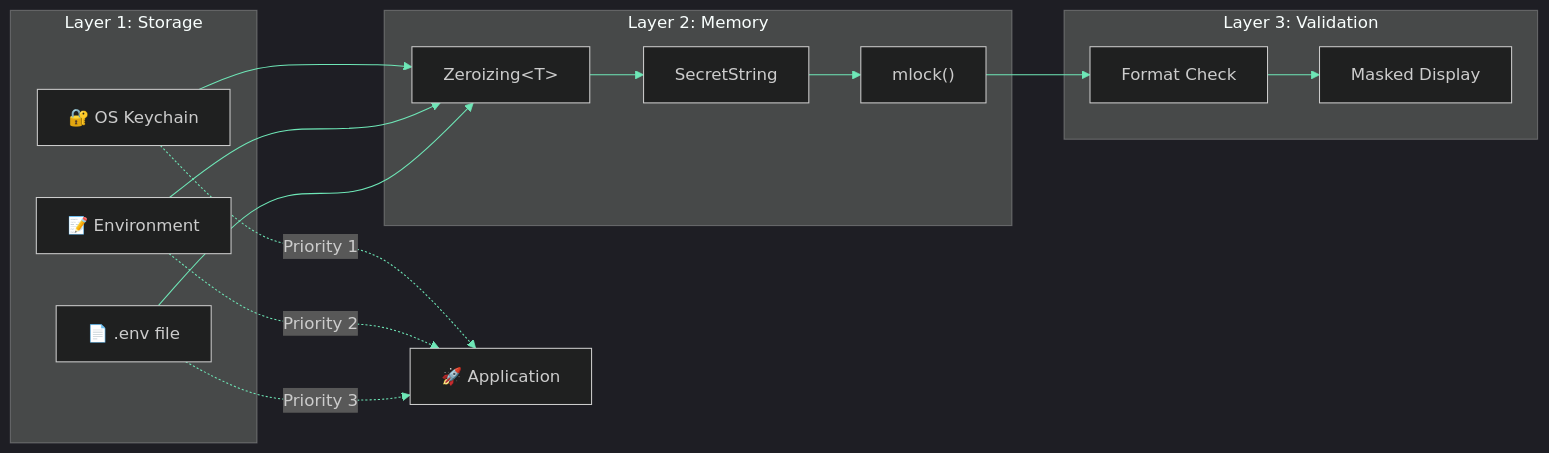
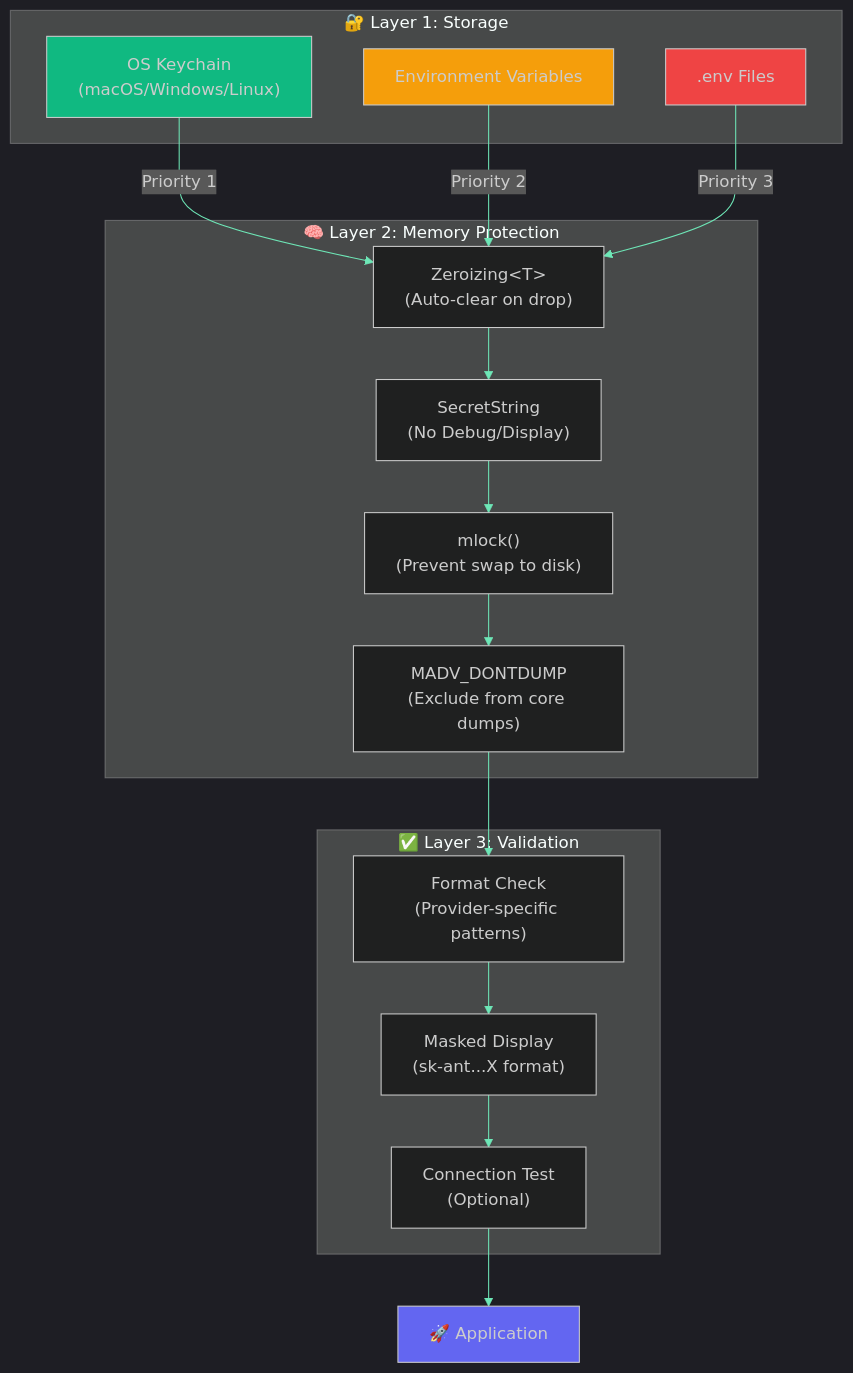
One commit to supernovae-st/supernovae-cli changed the fifth of 7 diagrams in README.md. Above: the diagram before and after it, drawn with Mermaid. The commit also changed other lines of this file, not shown here.

````diff
--- a/README.md
+++ b/README.md
@@ -246,32 +393,38 @@
 ```mermaid
 %%{init: {'theme': 'dark', 'themeVariables': { 'primaryColor': '#10b981', 'primaryTextColor': '#fff', 'primaryBorderColor': '#34d399', 'lineColor': '#6ee7b7', 'secondaryColor': '#064e3b', 'tertiaryColor': '#065f46'}}}%%
-flowchart LR
-    subgraph STORAGE["Layer 1: Storage"]
-        KC["🔐 OS Keychain"]
-        ENV["📝 Environment"]
-        DOT["📄 .env file"]
+flowchart TB
+    subgraph STORAGE["🔐 Layer 1: Storage"]
+        KC["OS Keychain<br/>(macOS/Windows/Linux)"]
+        ENV["Environment Variables"]
+        DOT[".env Files"]
     end
 
-    subgraph MEMORY["Layer 2: Memory"]
-        ZERO["Zeroizing&lt;T&gt;"]
-        SECRET["SecretString"]
-        MLOCK["mlock()"]
+    subgraph MEMORY["🧠 Layer 2: Memory Protection"]
+        ZERO["Zeroizing&lt;T&gt;<br/>(Auto-clear on drop)"]
+        SECRET["SecretString<br/>(No Debug/Display)"]
+        MLOCK["mlock()<br/>(Prevent swap to disk)"]
+        DUMP["MADV_DONTDUMP<br/>(Exclude from core dumps)"]
     end
 
-    subgraph VALIDATION["Layer 3: Validation"]
-        FORMAT["Format Check"]
-        MASK["Masked Display"]
+    subgraph VALIDATION["✅ Layer 3: Validation"]
+        FORMAT["Format Check<br/>(Provider-specific patterns)"]
+        MASK["Masked Display<br/>(sk-ant...X format)"]
+        TEST["Connection Test<br/>(Optional)"]
     end
 
-    KC --> ZERO
-    ENV --> ZERO
-    DOT --> ZERO
+    KC -->|Priority 1| ZERO
+    ENV -->|Priority 2| ZERO
+    DOT -->|Priority 3| ZERO
     ZERO --> SECRET
     SECRET --> MLOCK
-    MLOCK --> FORMAT
+    MLOCK --> DUMP
+    DUMP --> FORMAT
     FORMAT --> MASK
+    MASK --> TEST
+    TEST --> APP["🚀 Application"]
 
-    KC -.-> |"Priority 1"| APP["🚀 Application"]
-    ENV -.-> |"Priority 2"| APP
-    DOT -.-> |"Priority 3"| APP
+    style KC fill:#10b981
+    style ENV fill:#f59e0b
+    style DOT fill:#ef4444
+    style APP fill:#6366f1
 ```
````
